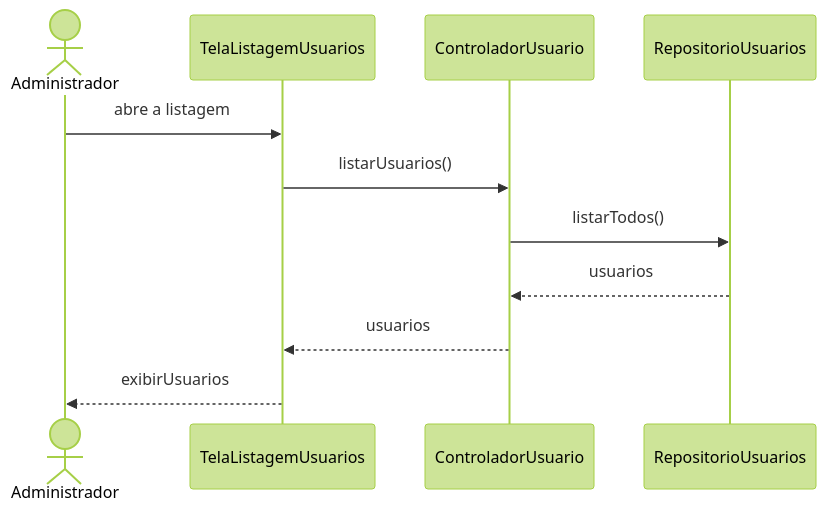
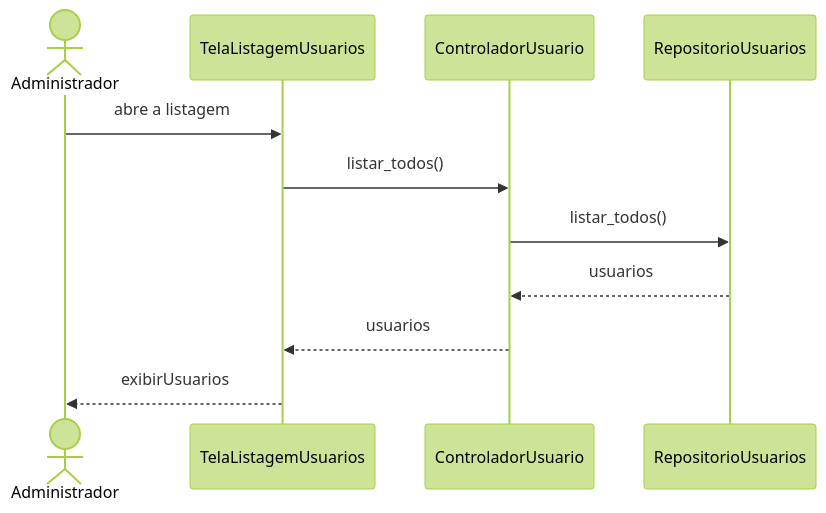
Before and after one commit to henriquesantos007/Sistema-de-Agendamento-de-Almoco: the third of 6 diagrams in docs/05-analise.md, drawn with Mermaid (forest theme). The commit also changed other lines of this file and 3 other files, not shown here.

Commit message:
docs(arquitetura): alinhar diagramas ao CRUD de usuários

````diff
--- a/docs/05-analise.md
+++ b/docs/05-analise.md
@@ -132,15 +154,15 @@
 ```mermaid
 %%{init: {"flowchart": {"useMaxWidth": false}, "class": {"useMaxWidth": false}, "sequence": {"useMaxWidth": false}, "state": {"useMaxWidth": false}}}%%
 sequenceDiagram
     actor Admin as Administrador
     participant T as TelaListagemUsuarios
     participant C as ControladorUsuario
     participant R as RepositorioUsuarios
 
     Admin->>T: abre a listagem
-    T->>C: listarUsuarios()
-    C->>R: listarTodos()
+    T->>C: listar_todos()
+    C->>R: listar_todos()
     R-->>C: usuarios
     C-->>T: usuarios
     T-->>Admin: exibirUsuarios
 ```
````
